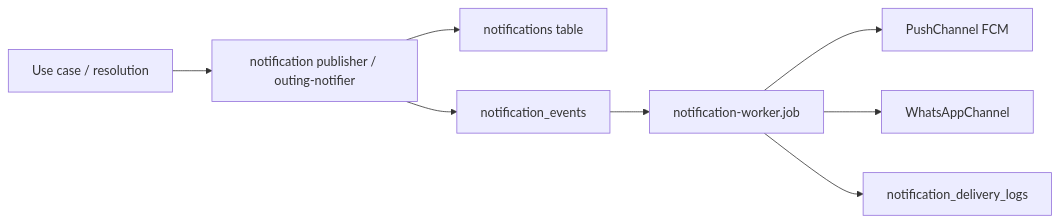
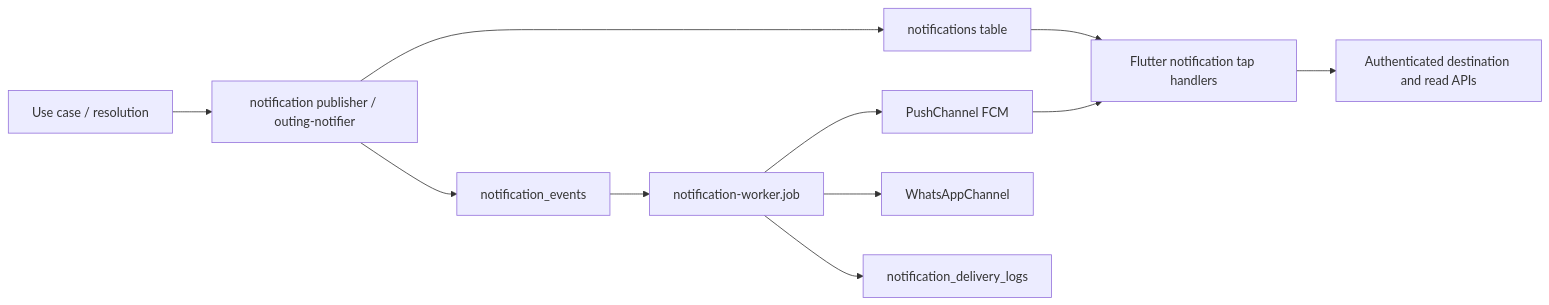
Before and after one commit to MohamedMSalah/yalla5roga: the fourth of 4 diagrams in docs/SYSTEM_ARCHITECTURE.md, drawn with Mermaid. The commit also changed other lines of this file and 349 other files, not shown here.

````diff
--- a/docs/SYSTEM_ARCHITECTURE.md
+++ b/docs/SYSTEM_ARCHITECTURE.md
@@ -138,10 +154,13 @@
 ```mermaid
 flowchart LR
   UC[Use case / resolution] --> Pub[notification publisher / outing-notifier]
   Pub --> InApp[notifications table]
   Pub --> Outbox[notification_events]
   Outbox --> Worker[notification-worker.job]
   Worker --> Push[PushChannel FCM]
   Worker --> WA[WhatsAppChannel]
   Worker --> Log[notification_delivery_logs]
+  Push --> Flutter[Flutter notification tap handlers]
+  InApp --> Flutter
+  Flutter --> API[Authenticated destination and read APIs]
 ```
````
